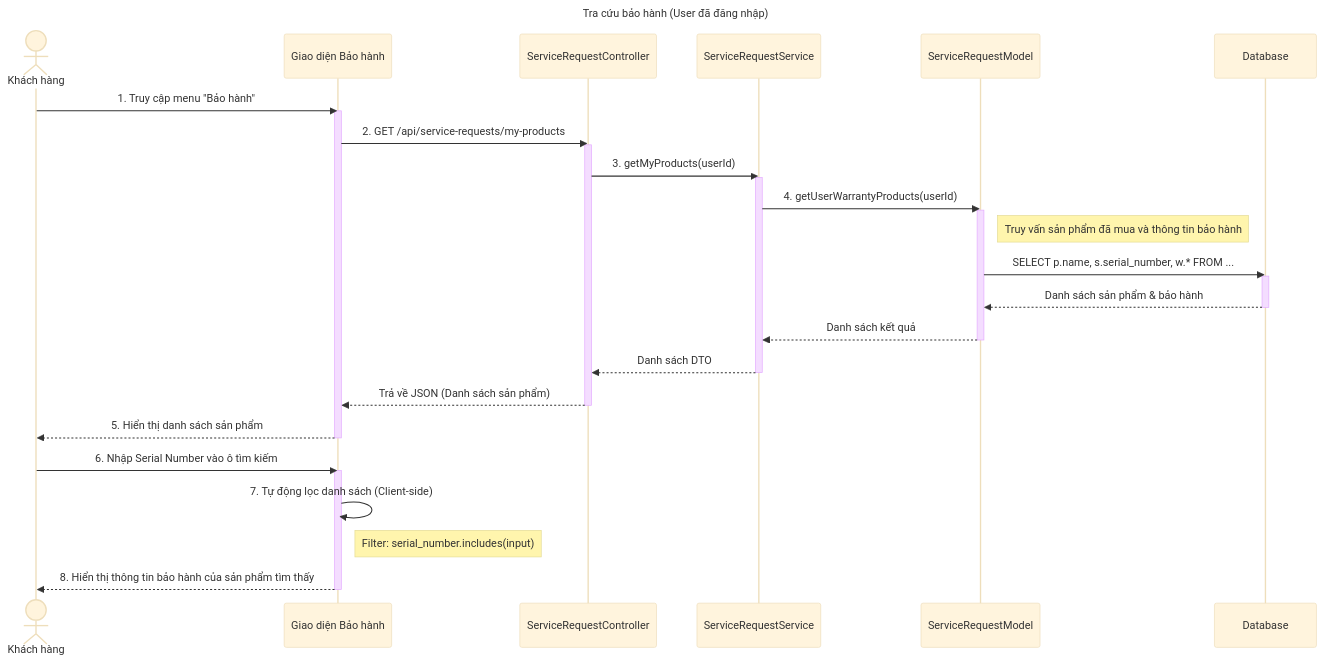
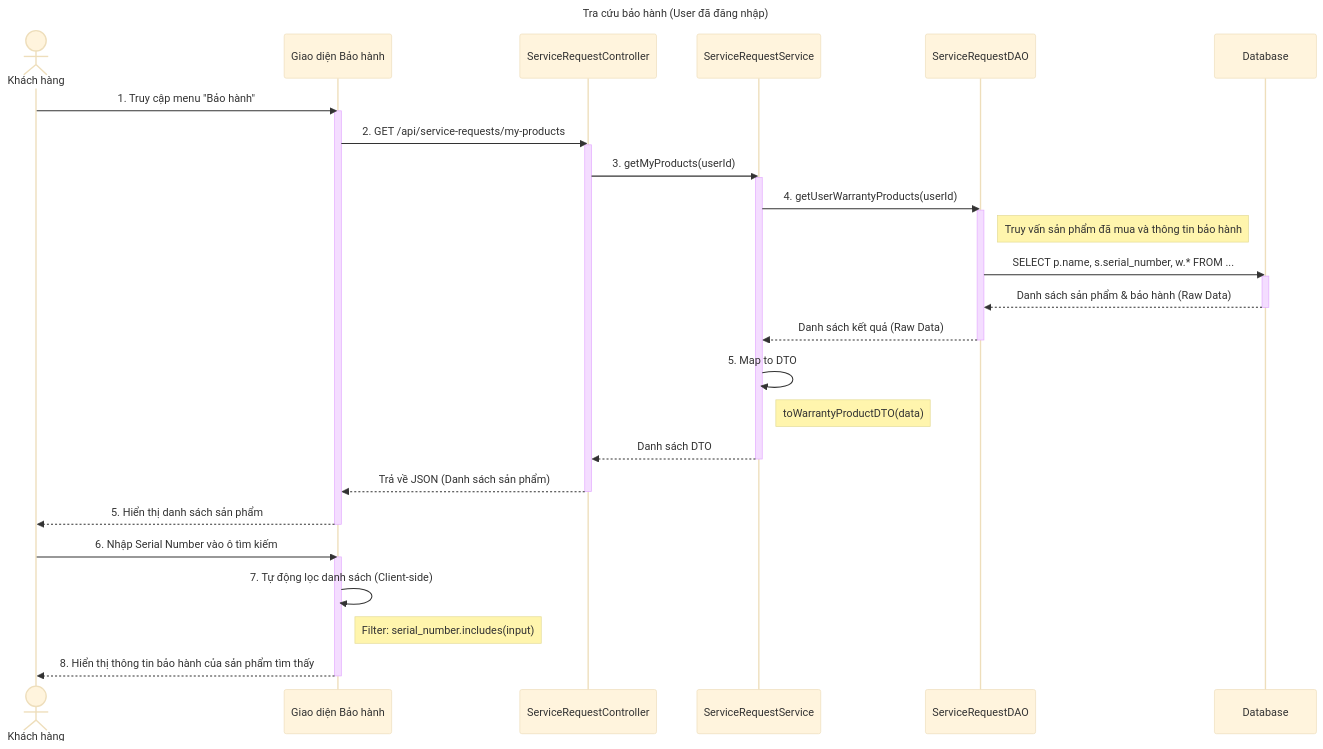
The diagram in USER_WARRANTY_LOOKUP_SEQUENCE_DIAGRAM.md (DuyAnh3223/BATechZone), drawn with Mermaid before and after one commit. The commit also changed 38 other files, not shown here.

Commit message:
feat(docs): add sequence & activity diagrams

````diff
--- a/USER_WARRANTY_LOOKUP_SEQUENCE_DIAGRAM.md
+++ b/USER_WARRANTY_LOOKUP_SEQUENCE_DIAGRAM.md
@@ -3,46 +3,49 @@
 ```mermaid
 %%{init: {'theme': 'base', 'themeVariables': { 'loopBorder': '#000000'}}}%%
 sequenceDiagram
     title: Tra cứu bảo hành (User đã đăng nhập)
     actor User as Khách hàng
     participant UI as Giao diện Bảo hành
     participant Controller as ServiceRequestController
     participant Service as ServiceRequestService
-    participant Model as ServiceRequestModel
+    participant DAO as ServiceRequestDAO
     participant DB as Database
 
     User->>UI: 1. Truy cập menu "Bảo hành"
     activate UI
     
     UI->>Controller: 2. GET /api/service-requests/my-products
     activate Controller
     
     Controller->>Service: 3. getMyProducts(userId)
     activate Service
     
-    Service->>Model: 4. getUserWarrantyProducts(userId)
-    activate Model
-    note right of Model: Truy vấn sản phẩm đã mua và thông tin bảo hành
-    Model->>DB: SELECT p.name, s.serial_number, w.* FROM ...
+    Service->>DAO: 4. getUserWarrantyProducts(userId)
+    activate DAO
+    note right of DAO: Truy vấn sản phẩm đã mua và thông tin bảo hành
+    DAO->>DB: SELECT p.name, s.serial_number, w.* FROM ...
     activate DB
-    DB-->>Model: Danh sách sản phẩm & bảo hành
+    DB-->>DAO: Danh sách sản phẩm & bảo hành (Raw Data)
     deactivate DB
-    Model-->>Service: Danh sách kết quả
-    deactivate Model
+    DAO-->>Service: Danh sách kết quả (Raw Data)
+    deactivate DAO
     
+    Service->>Service: 5. Map to DTO
+    note right of Service: toWarrantyProductDTO(data)
+
     Service-->>Controller: Danh sách DTO
     deactivate Service
     
     Controller-->>UI: Trả về JSON (Danh sách sản phẩm)
     deactivate Controller
     
     UI-->>User: 5. Hiển thị danh sách sản phẩm
     deactivate UI
 
     User->>UI: 6. Nhập Serial Number vào ô tìm kiếm
     activate UI
     UI->>UI: 7. Tự động lọc danh sách (Client-side)
     note right of UI: Filter: serial_number.includes(input)
     UI-->>User: 8. Hiển thị thông tin bảo hành của sản phẩm tìm thấy
     deactivate UI
 ```
````
